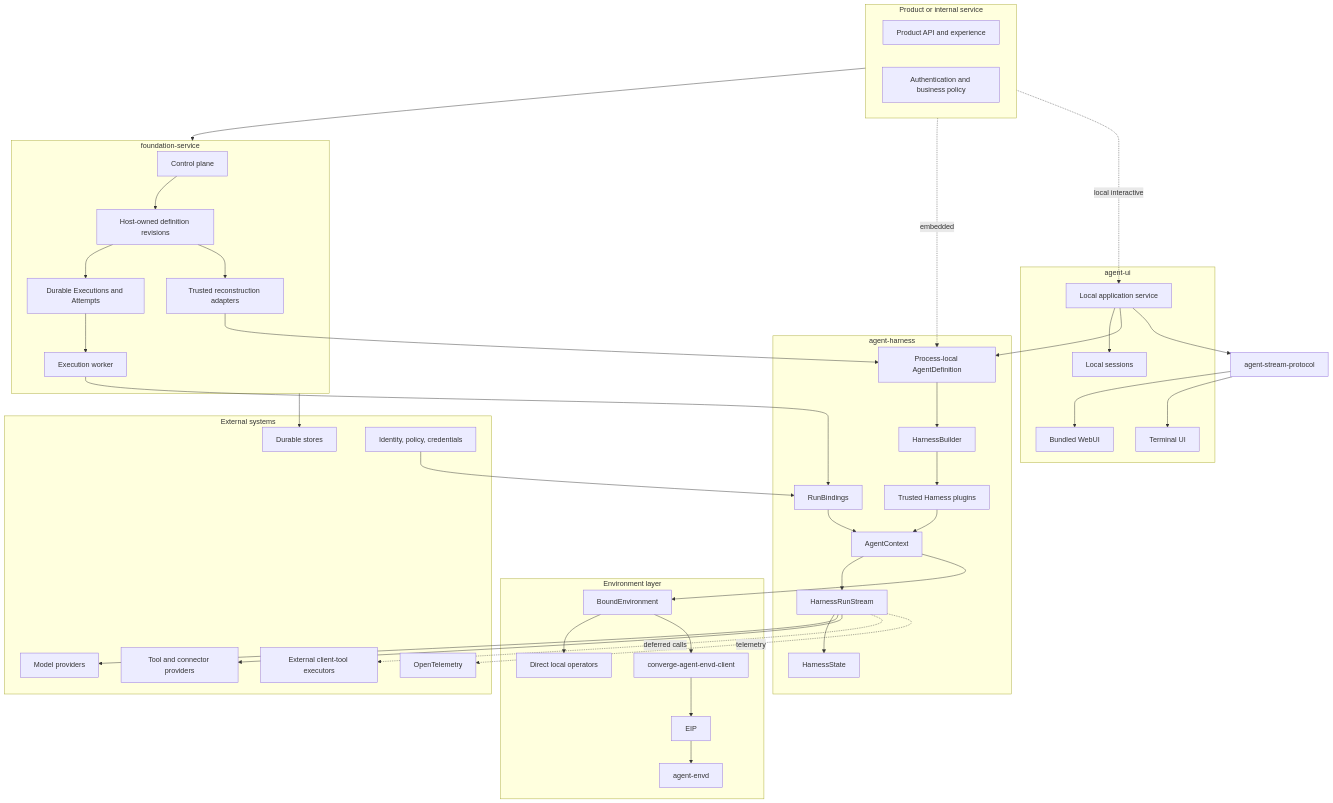
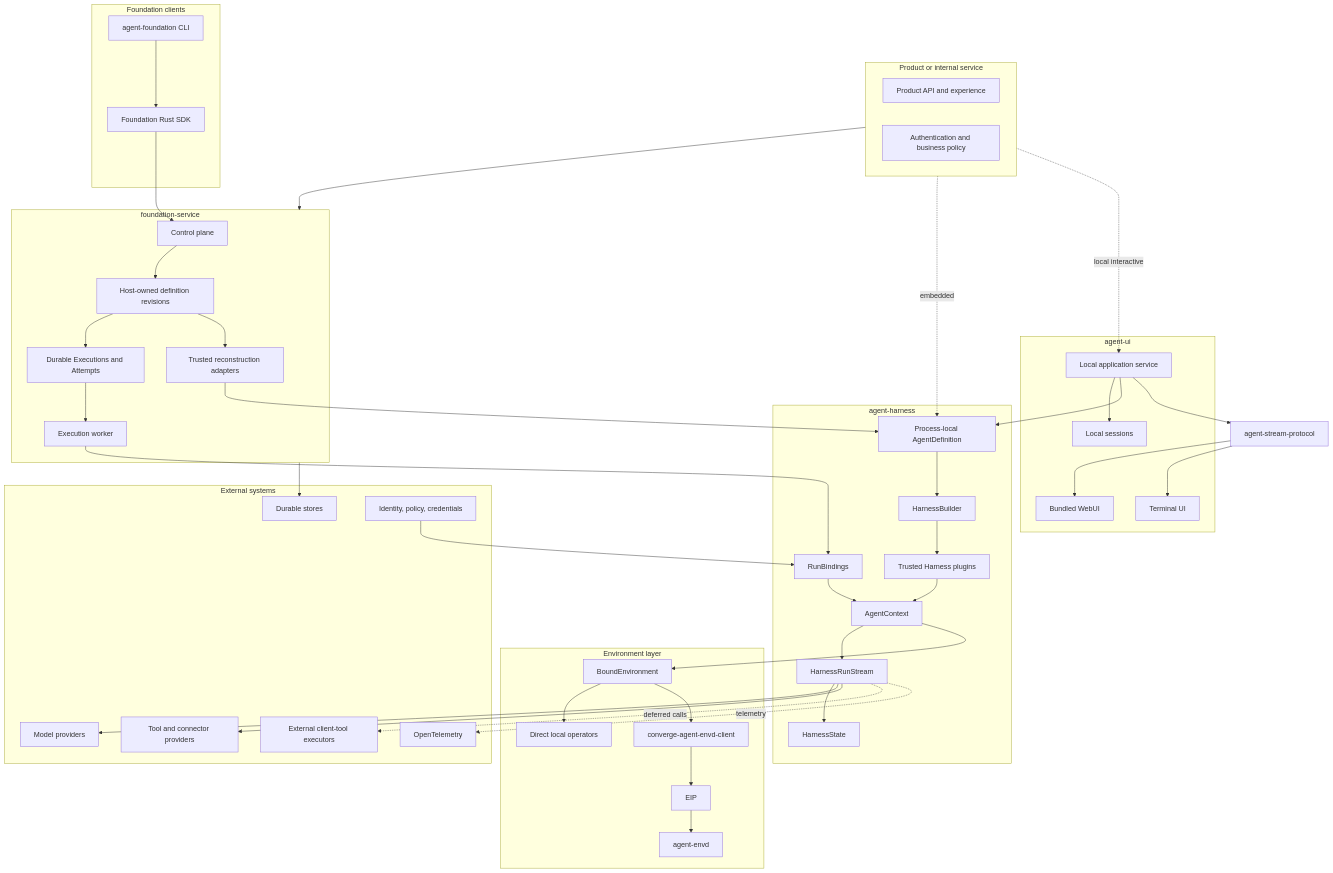
The first of 4 diagrams in spec/README.md (LTThreeComma/agent-foundation), drawn with Mermaid before and after one commit. The commit also changed other lines of this file and 54 other files, not shown here.

First line of the commit message:
feat(platform): add runtime extensibility and foundation CLI

````diff
--- a/spec/README.md
+++ b/spec/README.md
@@ -20,71 +22,77 @@
 ```mermaid
 flowchart TB
     subgraph Product[Product or internal service]
         API[Product API and experience]
         Policy[Authentication and business policy]
     end
 
     subgraph Service[foundation-service]
         Control[Control plane]
         Definitions[Host-owned definition revisions]
         Lifecycle[Durable Executions and Attempts]
         Worker[Execution worker]
         Reconstruct[Trusted reconstruction adapters]
     end
 
     subgraph LocalUI[agent-ui]
         AppService[Local application service]
         Sessions[Local sessions]
         WebUI[Bundled WebUI]
         TUI[Terminal UI]
+    end
+
+    subgraph FoundationClients[Foundation clients]
+        FoundationCLI[agent-foundation CLI]
+        RustSDK[Foundation Rust SDK]
     end
 
     subgraph Harness[agent-harness]
         Definition[Process-local AgentDefinition]
         Builder[HarnessBuilder]
         Plugins[Trusted Harness plugins]
         Bindings[RunBindings]
         Context[AgentContext]
         Run[HarnessRunStream]
         State[HarnessState]
     end
 
     StreamProtocol[agent-stream-protocol]
 
     subgraph Environment[Environment layer]
         Bound[BoundEnvironment]
         Local[Direct local operators]
         EIPClient[converge-agent-envd-client]
         EIP[EIP]
         Envd[agent-envd]
     end
 
     subgraph External[External systems]
         Models[Model providers]
         Tools[Tool and connector providers]
         Stores[Durable stores]
         Identity[Identity, policy, credentials]
         Clients[External client-tool executors]
         OTel[OpenTelemetry]
     end
 
     Product --> Service
+    FoundationCLI --> RustSDK --> Control
     Product -. embedded .-> Definition
     Product -. local interactive .-> AppService
     AppService --> Sessions
     AppService --> Definition
     AppService --> StreamProtocol --> WebUI & TUI
     Control --> Definitions --> Lifecycle --> Worker
     Definitions --> Reconstruct --> Definition
     Definition --> Builder --> Plugins
     Worker --> Bindings
     Identity --> Bindings
     Plugins & Bindings --> Context --> Run --> State
     Run --> Models & Tools
     Run -. deferred calls .-> Clients
     Context --> Bound
     Bound --> Local
     Bound --> EIPClient --> EIP --> Envd
     Service --> Stores
     Run -. telemetry .-> OTel
 ```
````
